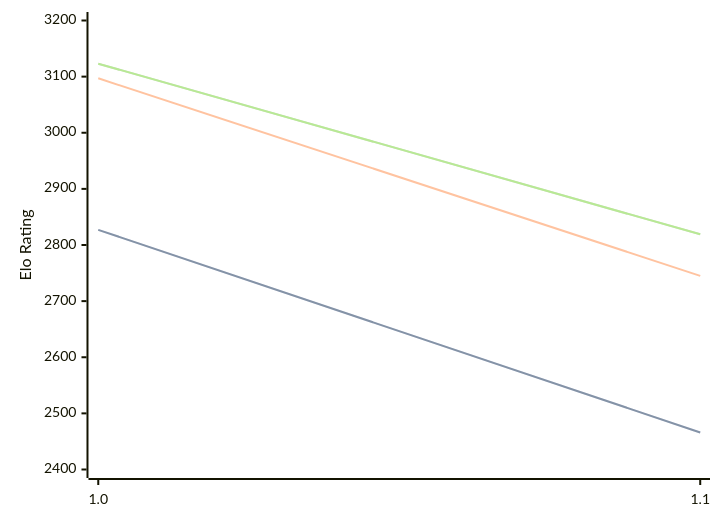
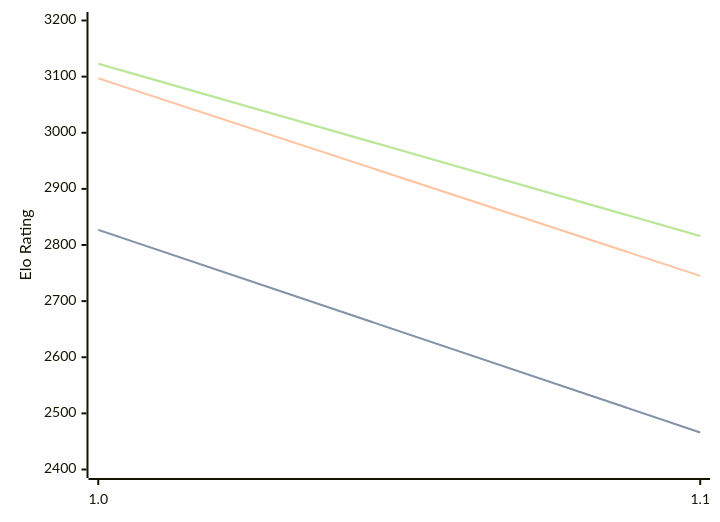
Before and after one commit to computer-chess-index/cci: the first of 3 diagrams in engines/Publius.md, drawn with Mermaid. The commit also changed other lines of this file, not shown here.

Commit message:
Update CCI Ratings (ELO VLTC) - 2026-07-10

````diff
--- a/engines/Publius.md
+++ b/engines/Publius.md
@@ -32,11 +32,11 @@
 ```mermaid
 %%{init: {"theme":"base","themeVariables":{"seriesColors:['#a3a3a3','#222221','#faa371']}}}%%
 xychart-beta
   x-axis ["1.0", "1.1"]
   y-axis "Elo Rating" 2400 --> 3200
   line "STC (8.0+0.08s)" [2827, 2466]
   line "STC (8.0+0.08s)" [2827, 2466]
   line "LTC (60.0+0.60s)" [3097, 2745]
-  line "VLTC (2m24s+1.12s)" [3123, 2819]
-  line "VLTC (2m24s+1.12s)" [3123, 2819]
+  line "VLTC (2m24s+1.12s)" [3123, 2816]
+  line "VLTC (2m24s+1.12s)" [3123, 2816]
 ```
````
